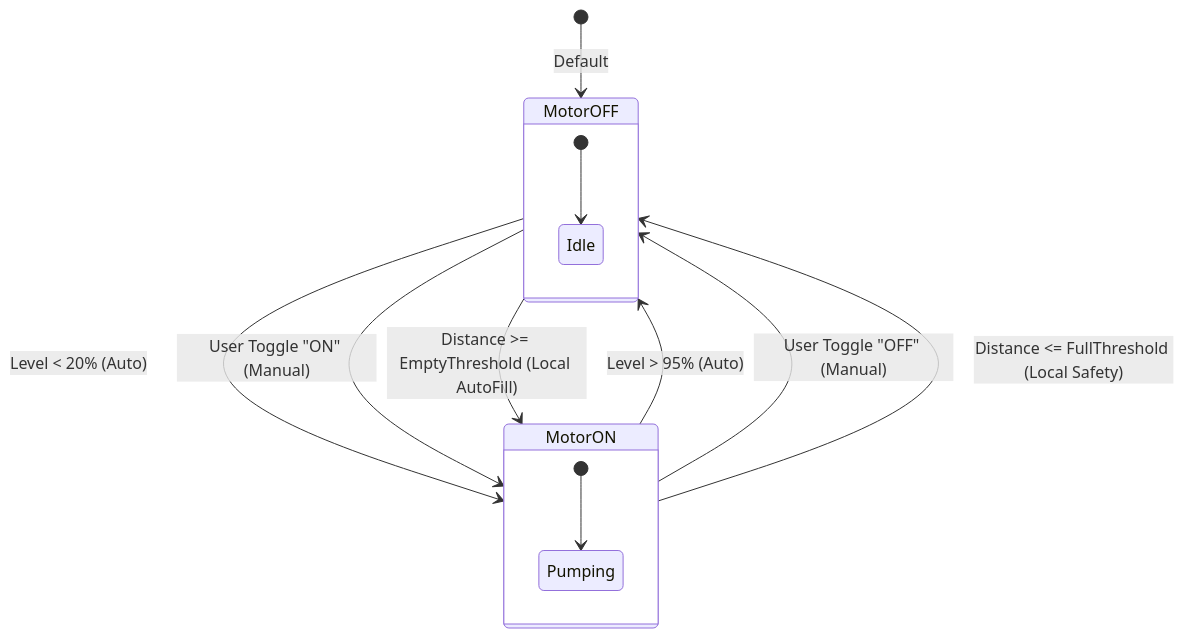
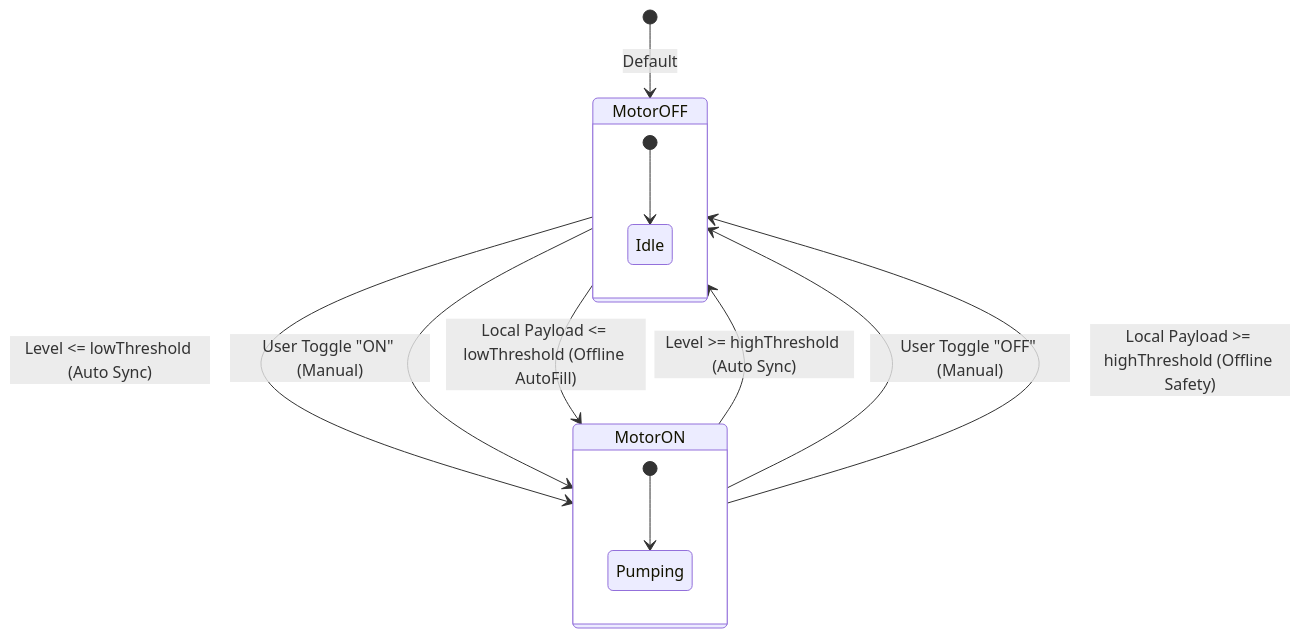
The fifth of 7 diagrams in SYSTEM_ARCHITECTURE.md (Yuvaraj007A/water-level-monitor), drawn with Mermaid before and after one commit. The commit also changed other lines of this file and 23 other files, not shown here.

````diff
--- a/SYSTEM_ARCHITECTURE.md
+++ b/SYSTEM_ARCHITECTURE.md
@@ -147,21 +155,21 @@
 ```mermaid
 stateDiagram-v2
     [*] --> MotorOFF : Default
 
     state MotorOFF {
         [*] --> Idle
     }
 
     state MotorON {
         [*] --> Pumping
     }
 
-    MotorOFF --> MotorON : Level < 20% (Auto)
+    MotorOFF --> MotorON : Level <= lowThreshold (Auto Sync)
     MotorOFF --> MotorON : User Toggle "ON" (Manual)
     
-    MotorON --> MotorOFF : Level > 95% (Auto)
+    MotorON --> MotorOFF : Level >= highThreshold (Auto Sync)
     MotorON --> MotorOFF : User Toggle "OFF" (Manual)
     
-    MotorON --> MotorOFF : Distance <= FullThreshold (Local Safety)
-    MotorOFF --> MotorON : Distance >= EmptyThreshold (Local AutoFill)
+    MotorON --> MotorOFF : Local Payload >= highThreshold (Offline Safety)
+    MotorOFF --> MotorON : Local Payload <= lowThreshold (Offline AutoFill)
 ```
````
